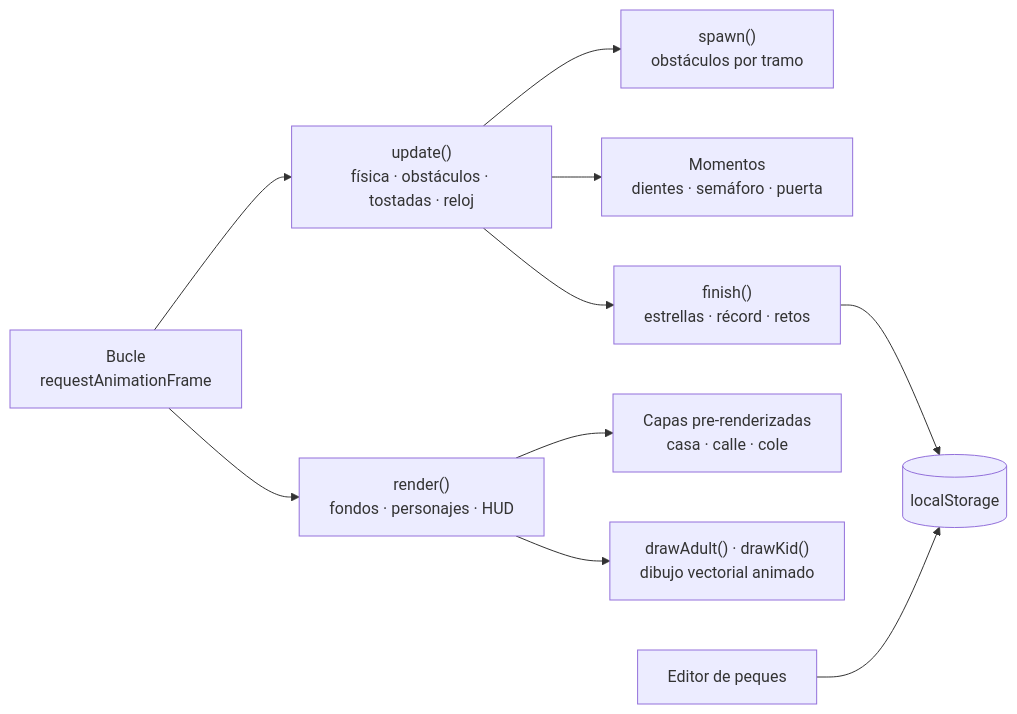
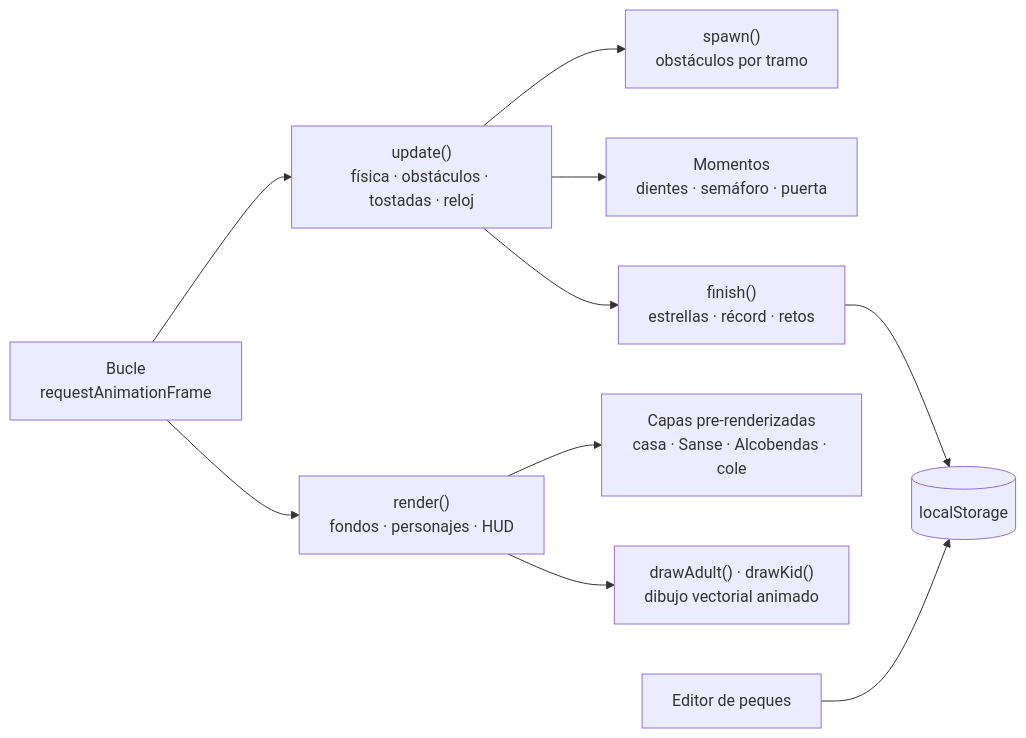
One commit to serbenda/school-rush changed the first of 2 diagrams in README.md. Above: the diagram before and after it, drawn with Mermaid. The commit also changed other lines of this file and 22 other files, not shown here.

First line of the commit message:
Calles de Sanse y Alcobendas, toro de los encierros y nombre del cole editable

````diff
--- a/README.md
+++ b/README.md
@@ -249,12 +257,12 @@
 ```mermaid
 flowchart LR
     bucle["Bucle<br/>requestAnimationFrame"] --> update["update()<br/>física · obstáculos · tostadas · reloj"]
     bucle --> render["render()<br/>fondos · personajes · HUD"]
     update --> generador["spawn()<br/>obstáculos por tramo"]
     update --> momentos["Momentos<br/>dientes · semáforo · puerta"]
-    render --> capas["Capas pre-renderizadas<br/>casa · calle · cole"]
+    render --> capas["Capas pre-renderizadas<br/>casa · Sanse · Alcobendas · cole"]
     render --> personajes["drawAdult() · drawKid()<br/>dibujo vectorial animado"]
     update --> retos["finish()<br/>estrellas · récord · retos"]
     retos --> almacen[("localStorage")]
     editor["Editor de peques"] --> almacen
 ```
````
